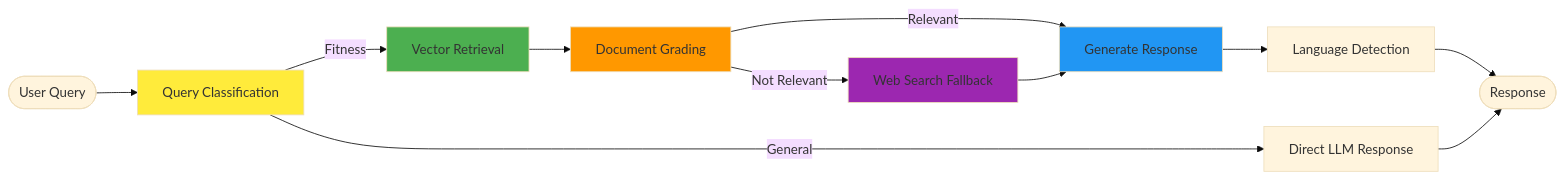
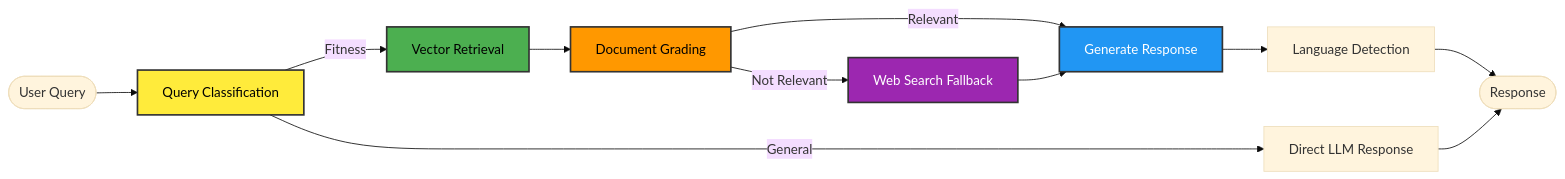
The second of 6 diagrams in README.md (NEhIL06/zenfit), drawn with Mermaid (base theme) before and after one commit. The commit also changed other lines of this file, not shown here.

Commit message:
docs: add borders and text colors to Mermaid diagram styles in README.

````diff
--- a/README.md
+++ b/README.md
@@ -131,21 +131,21 @@
 ```mermaid
 graph LR
     START([User Query]) --> Classify[Query Classification]
     Classify --> |Fitness| Retrieve[Vector Retrieval]
     Classify --> |General| DirectResponse[Direct LLM Response]
     
     Retrieve --> Grade[Document Grading]
     Grade --> |Relevant| Generate[Generate Response]
     Grade --> |Not Relevant| WebSearch[Web Search Fallback]
     WebSearch --> Generate
     
     Generate --> Multilingual[Language Detection]
     Multilingual --> END([Response])
     DirectResponse --> END
 
-    style Classify fill:#ffeb3b
-    style Retrieve fill:#4caf50
-    style Grade fill:#ff9800
-    style Generate fill:#2196f3
-    style WebSearch fill:#9c27b0
+    style Classify fill:#ffeb3b,color:#000000,stroke:#333,stroke-width:2px
+    style Retrieve fill:#4caf50,color:#000000,stroke:#333,stroke-width:2px
+    style Grade fill:#ff9800,color:#000000,stroke:#333,stroke-width:2px
+    style Generate fill:#2196f3,color:#ffffff,stroke:#333,stroke-width:2px
+    style WebSearch fill:#9c27b0,color:#ffffff,stroke:#333,stroke-width:2px
 ```
````
